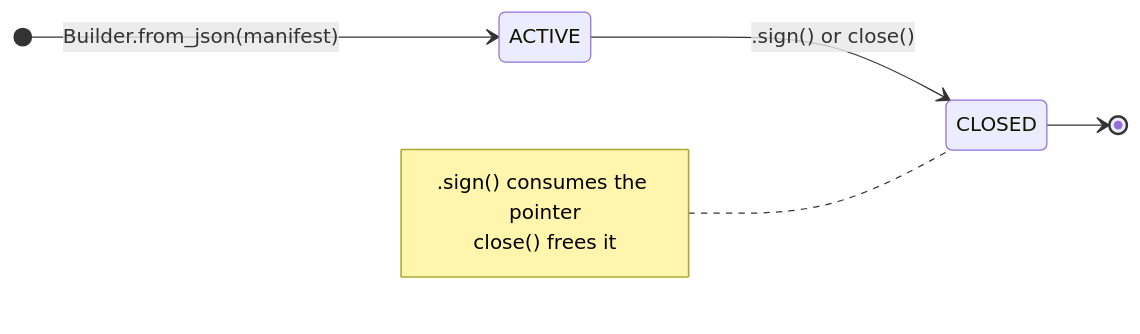
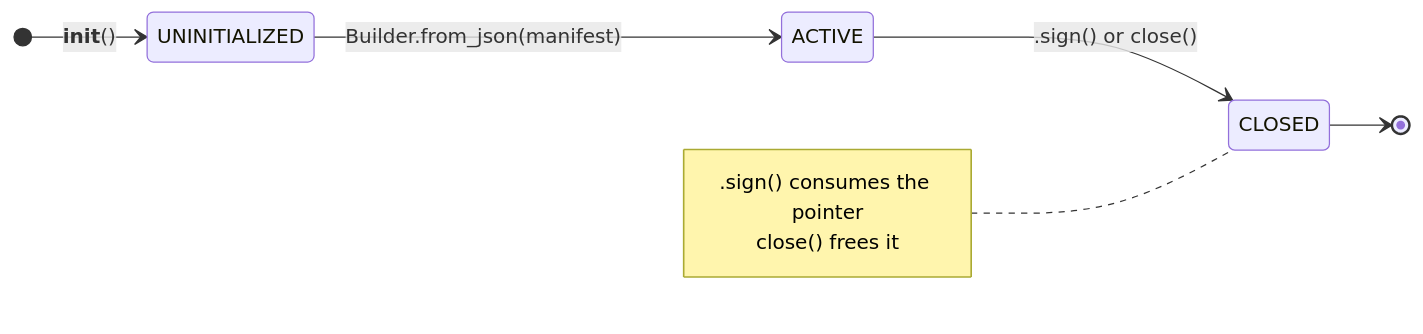
Before and after one commit to contentauth/c2pa-python: the fourth of 5 diagrams in docs/native-resources-management.md, drawn with Mermaid. The commit also changed other lines of this file, not shown here.

````diff
--- a/docs/native-resources-management.md
+++ b/docs/native-resources-management.md
@@ -168,12 +169,13 @@
 ```mermaid
 stateDiagram-v2
     direction LR
-    [*] --> ACTIVE : Builder.from_json(manifest)
+    [*] --> UNINITIALIZED : __init__()
+    UNINITIALIZED --> ACTIVE : Builder.from_json(manifest)
     ACTIVE --> CLOSED : .sign() or close()
     CLOSED --> [*]
 
     note left of CLOSED
         .sign() consumes the pointer
         close() frees it
     end note
 ```
````
